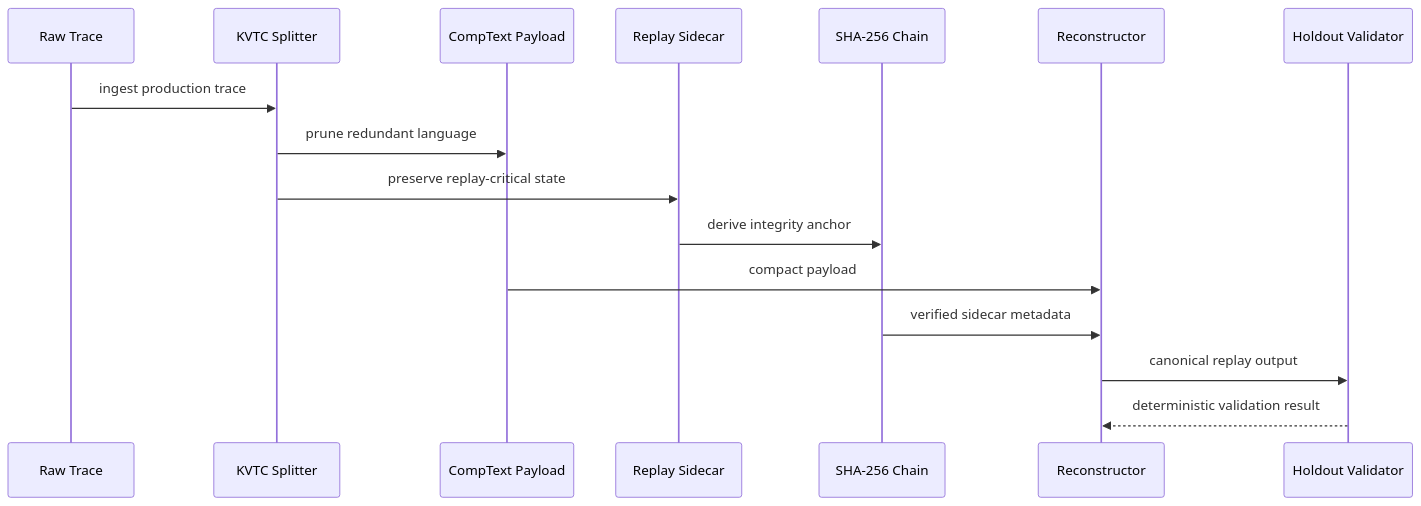
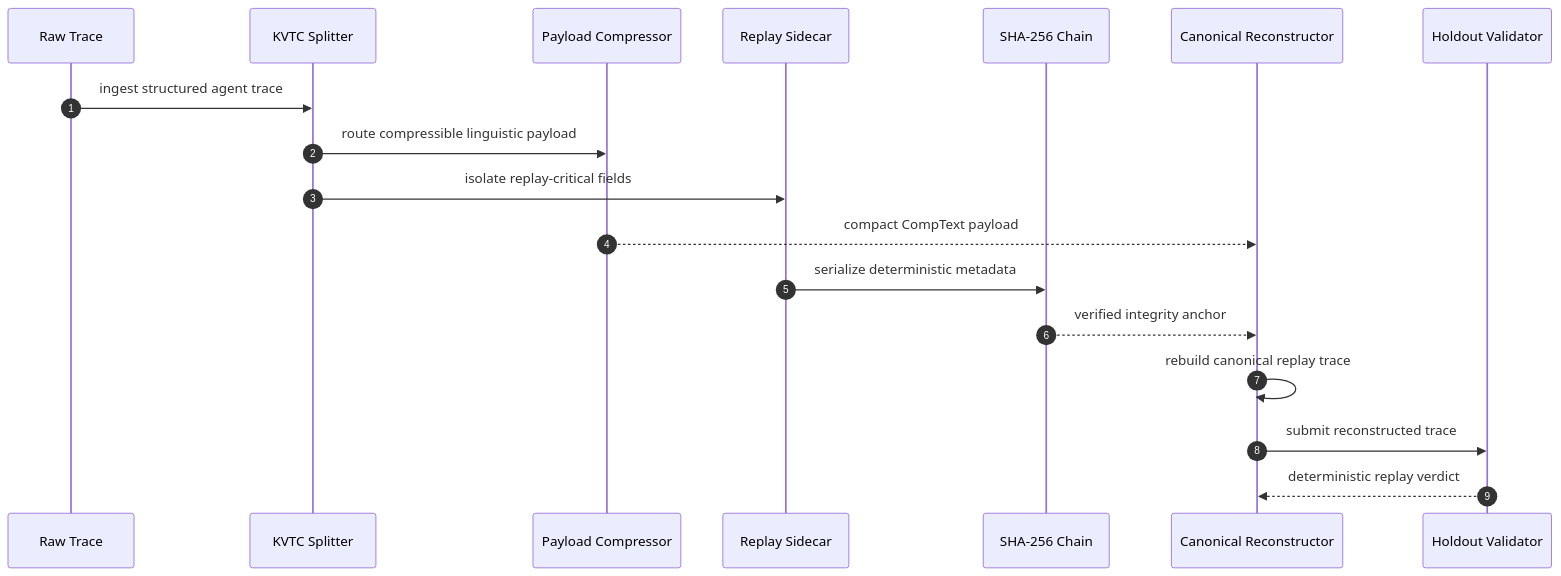
One commit to ProfRandom92/Antigravity-Comptextv7 changed the second of 5 diagrams in README.md. Above: the diagram before and after it, drawn with Mermaid. The commit also changed other lines of this file, not shown here.

Commit message:
Fix README Mermaid rendering and improve diagrams

````diff
--- a/README.md
+++ b/README.md
@@ -86,19 +123,24 @@
 ```mermaid
 sequenceDiagram
-    participant Trace as Raw Trace
-    participant Split as KVTC Splitter
-    participant Text as CompText Payload
-    participant Sidecar as Replay Sidecar
-    participant Hash as SHA-256 Chain
-    participant Replay as Reconstructor
-    participant Test as Holdout Validator
+    autonumber
 
-    Trace->>Split: ingest production trace
-    Split->>Text: prune redundant language
-    Split->>Sidecar: preserve replay-critical state
-    Sidecar->>Hash: derive integrity anchor
-    Text->>Replay: compact payload
-    Hash->>Replay: verified sidecar metadata
-    Replay->>Test: canonical replay output
-    Test-->>Replay: deterministic validation result
+    participant T as Raw Trace
+    participant S as KVTC Splitter
+    participant P as Payload Compressor
+    participant R as Replay Sidecar
+    participant H as SHA-256 Chain
+    participant C as Canonical Reconstructor
+    participant V as Holdout Validator
+
+    T->>S: ingest structured agent trace
+    S->>P: route compressible linguistic payload
+    S->>R: isolate replay-critical fields
+
+    P-->>C: compact CompText payload
+    R->>H: serialize deterministic metadata
+    H-->>C: verified integrity anchor
+
+    C->>C: rebuild canonical replay trace
+    C->>V: submit reconstructed trace
+    V-->>C: deterministic replay verdict
 ```
````
